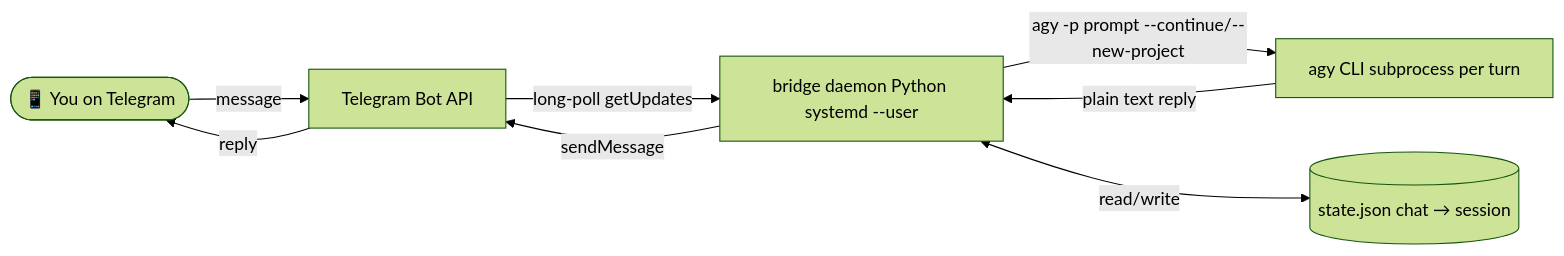
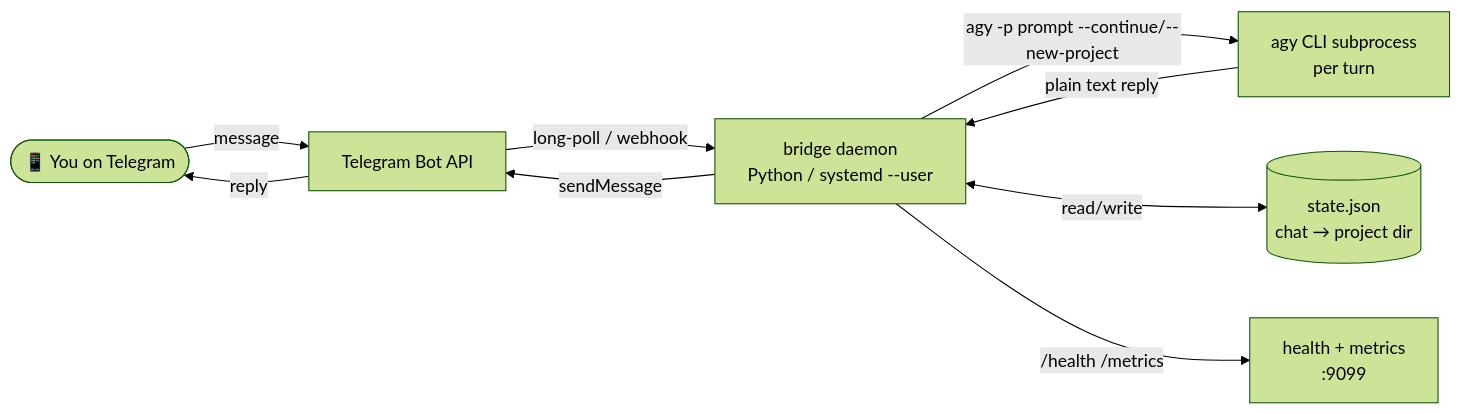
The diagram in README.md (DiM3NT0R/agy-to-tg), drawn with Mermaid (forest theme) before and after one commit. The commit also changed other lines of this file and 4 other files, not shown here.

First line of the commit message:
docs: expand README and rewrite docs for Antigravity/agy bridge

````diff
--- a/README.md
+++ b/README.md
@@ -21,16 +49,18 @@
 ```mermaid
 flowchart LR
     User([📱 You on Telegram])
     TG[Telegram Bot API]
-    Bridge[bridge daemon Python systemd --user]
-    Agy[agy CLI subprocess per turn]
-    State[(state.json chat → session)]
+    Bridge[bridge daemon<br/>Python / systemd --user]
+    Agy[agy CLI subprocess<br/>per turn]
+    State[(state.json<br/>chat → project dir)]
+    Health[health + metrics<br/>:9099]
 
     User -->|message| TG
-    TG -->|long-poll getUpdates| Bridge
+    TG -->|long-poll / webhook| Bridge
     Bridge -->|agy -p prompt --continue/--new-project| Agy
     Agy -->|plain text reply| Bridge
     Bridge -->|sendMessage| TG
     TG -->|reply| User
     Bridge <-->|read/write| State
+    Bridge -->|/health /metrics| Health
 ```
````
